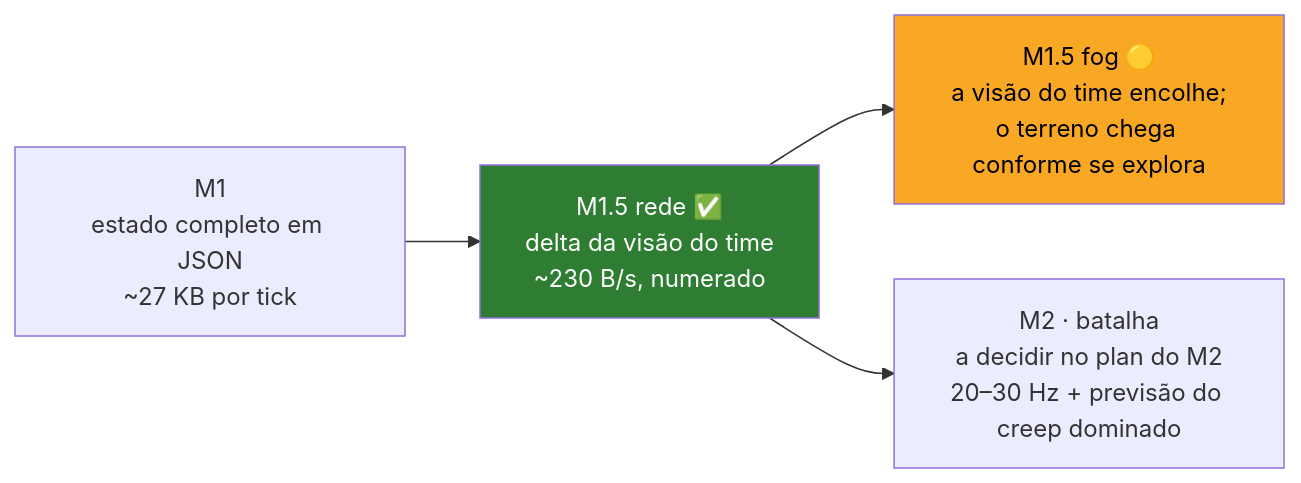
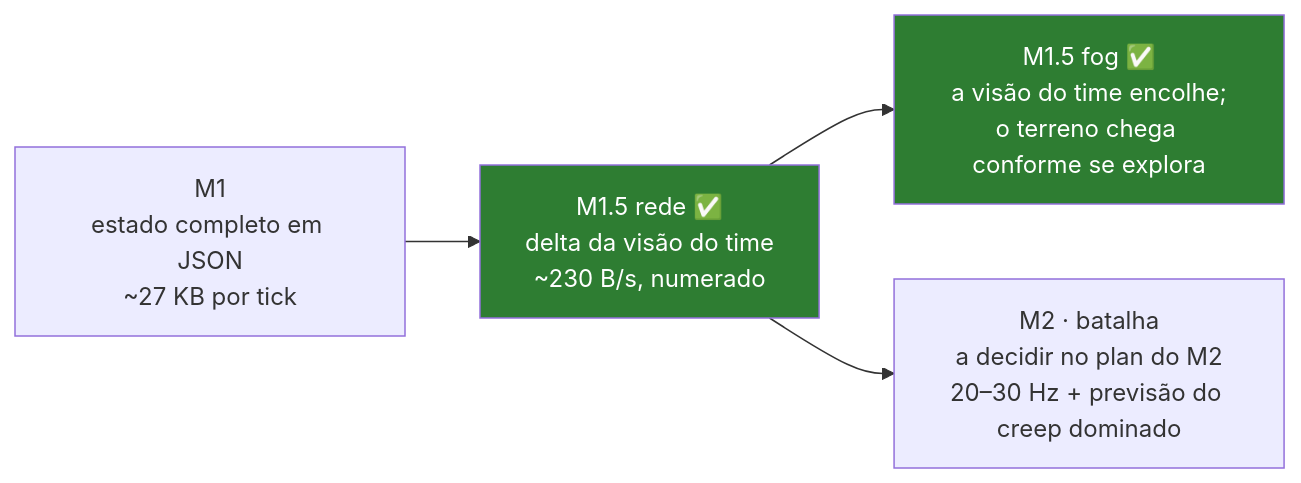
One commit to eliasfeijo/geometrix changed the seventh of 8 diagrams in docs/OVERVIEW.md. Above: the diagram before and after it, drawn with Mermaid. The commit also changed other lines of this file, not shown here.

````diff
--- a/docs/OVERVIEW.md
+++ b/docs/OVERVIEW.md
@@ -459,8 +466,8 @@
 ```mermaid
 flowchart LR
     A["M1<br/>estado completo em JSON<br/>~27 KB por tick"] --> B["M1.5 rede ✅<br/>delta da visão do time<br/>~230 B/s, numerado"]
-    B --> D["M1.5 fog 🟡<br/>a visão do time encolhe;<br/>o terreno chega conforme se explora"]
+    B --> D["M1.5 fog ✅<br/>a visão do time encolhe;<br/>o terreno chega conforme se explora"]
     B --> C["M2 · batalha<br/>a decidir no plan do M2<br/>20–30 Hz + previsão do creep dominado"]
     style B fill:#2e7d32,color:#fff
-    style D fill:#f9a825,color:#000
+    style D fill:#2e7d32,color:#fff
 ```
````
